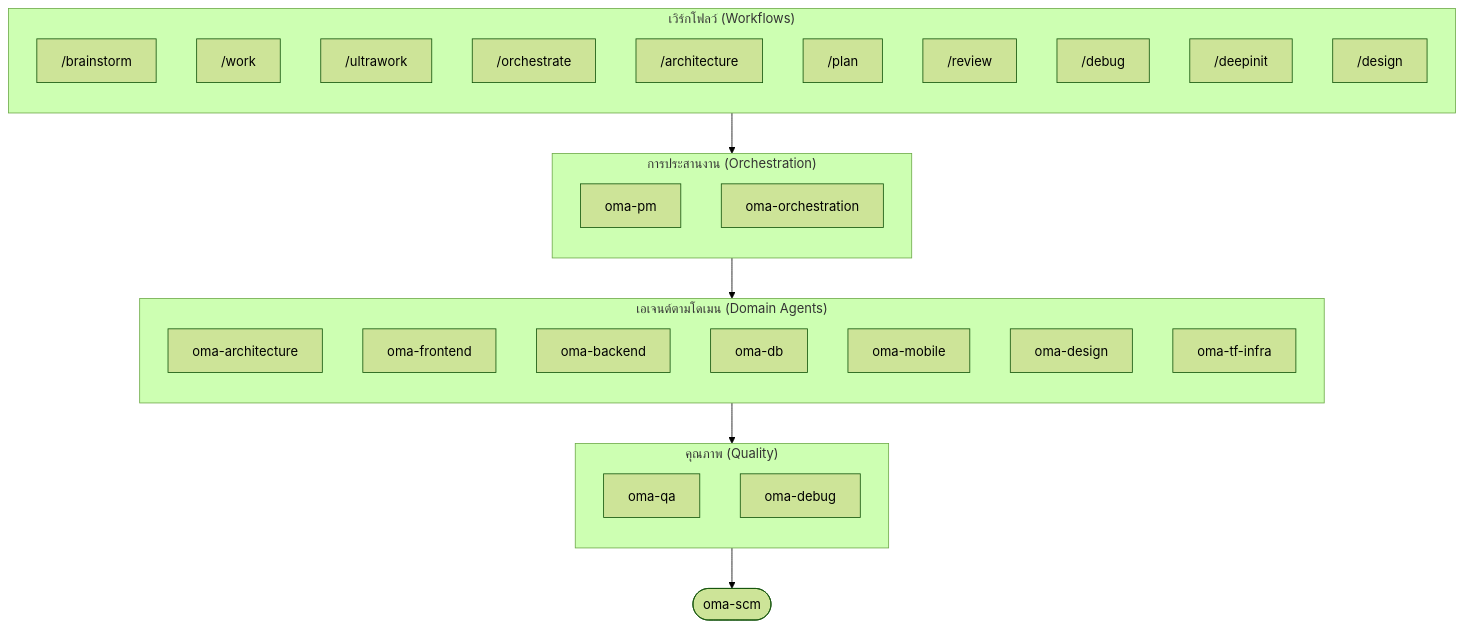
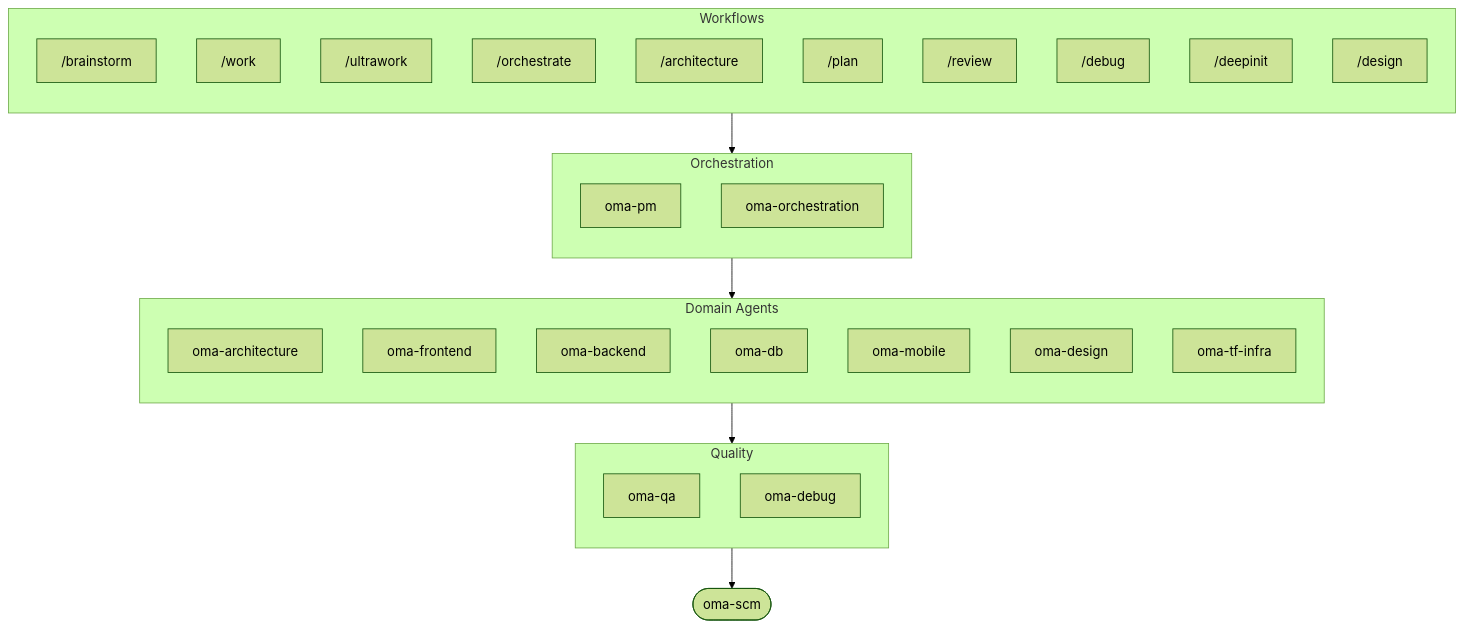
The diagram in docs/README.th.md (first-fluke/oh-my-agent), drawn with Mermaid (forest theme) before and after one commit. The commit also changed other lines of this file and 11 other files, not shown here.

````diff
--- a/docs/README.th.md
+++ b/docs/README.th.md
@@ -276,44 +280,44 @@
 ```mermaid
 flowchart TD
-    subgraph Workflows["เวิร์กโฟลว์ (Workflows)"]
+    subgraph Workflows["Workflows"]
         direction TB
         W0["/brainstorm"]
         W1["/work"]
         W1b["/ultrawork"]
         W2["/orchestrate"]
         W3["/architecture"]
         W4["/plan"]
         W5["/review"]
         W6["/debug"]
         W7["/deepinit"]
         W8["/design"]
     end
 
-    subgraph Orchestration["การประสานงาน (Orchestration)"]
+    subgraph Orchestration["Orchestration"]
         direction TB
         PM[oma-pm]
         ORC[oma-orchestration]
     end
 
-    subgraph Domain["เอเจนต์ตามโดเมน (Domain Agents)"]
+    subgraph Domain["Domain Agents"]
         direction TB
         ARC[oma-architecture]
         FE[oma-frontend]
         BE[oma-backend]
         DB[oma-db]
         MB[oma-mobile]
         DES[oma-design]
         TF[oma-tf-infra]
     end
 
-    subgraph Quality["คุณภาพ (Quality)"]
+    subgraph Quality["Quality"]
         direction TB
         QA[oma-qa]
         DBG[oma-debug]
     end
 
     Workflows --> Orchestration
     Orchestration --> Domain
     Domain --> Quality
     Quality --> SCM([oma-scm])
 ```
````
